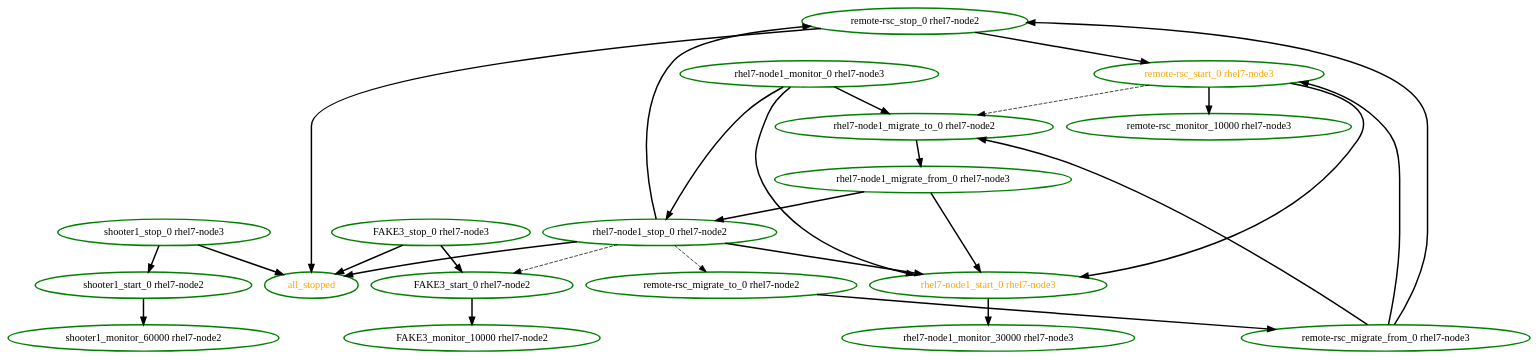
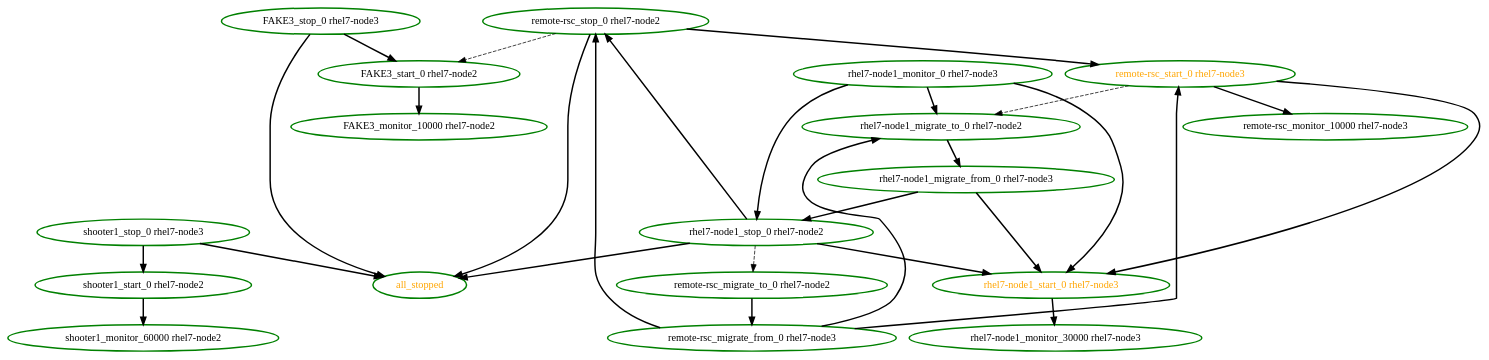
The diagram in pengine/test10/whitebox-migrate1.dot (ClusterLabs/pacemaker), drawn with Graphviz before and after one commit. The commit also changed 38 other files, not shown here.

```diff
--- a/pengine/test10/whitebox-migrate1.dot
+++ b/pengine/test10/whitebox-migrate1.dot
@@ -1,47 +1,47 @@
  digraph "g" {
 "FAKE3_monitor_10000 rhel7-node2" [ style=bold color="green" fontcolor="black"]
 "FAKE3_start_0 rhel7-node2" -> "FAKE3_monitor_10000 rhel7-node2" [ style = bold]
 "FAKE3_start_0 rhel7-node2" [ style=bold color="green" fontcolor="black"]
 "FAKE3_stop_0 rhel7-node3" -> "FAKE3_start_0 rhel7-node2" [ style = bold]
 "FAKE3_stop_0 rhel7-node3" -> "all_stopped" [ style = bold]
 "FAKE3_stop_0 rhel7-node3" [ style=bold color="green" fontcolor="black"]
 "all_stopped" [ style=bold color="green" fontcolor="orange"]
 "remote-rsc_migrate_from_0 rhel7-node3" -> "remote-rsc_start_0 rhel7-node3" [ style = bold]
 "remote-rsc_migrate_from_0 rhel7-node3" -> "remote-rsc_stop_0 rhel7-node2" [ style = bold]
 "remote-rsc_migrate_from_0 rhel7-node3" -> "rhel7-node1_migrate_to_0 rhel7-node2" [ style = bold]
 "remote-rsc_migrate_from_0 rhel7-node3" [ style=bold color="green" fontcolor="black"]
 "remote-rsc_migrate_to_0 rhel7-node2" -> "remote-rsc_migrate_from_0 rhel7-node3" [ style = bold]
 "remote-rsc_migrate_to_0 rhel7-node2" [ style=bold color="green" fontcolor="black"]
 "remote-rsc_monitor_10000 rhel7-node3" [ style=bold color="green" fontcolor="black"]
 "remote-rsc_start_0 rhel7-node3" -> "remote-rsc_monitor_10000 rhel7-node3" [ style = bold]
 "remote-rsc_start_0 rhel7-node3" -> "rhel7-node1_migrate_to_0 rhel7-node2" [ style = dashed]
 "remote-rsc_start_0 rhel7-node3" -> "rhel7-node1_start_0 rhel7-node3" [ style = bold]
 "remote-rsc_start_0 rhel7-node3" [ style=bold color="green" fontcolor="orange"]
+"remote-rsc_stop_0 rhel7-node2" -> "FAKE3_start_0 rhel7-node2" [ style = dashed]
 "remote-rsc_stop_0 rhel7-node2" -> "all_stopped" [ style = bold]
 "remote-rsc_stop_0 rhel7-node2" -> "remote-rsc_start_0 rhel7-node3" [ style = bold]
 "remote-rsc_stop_0 rhel7-node2" [ style=bold color="green" fontcolor="black"]
 "rhel7-node1_migrate_from_0 rhel7-node3" -> "rhel7-node1_start_0 rhel7-node3" [ style = bold]
 "rhel7-node1_migrate_from_0 rhel7-node3" -> "rhel7-node1_stop_0 rhel7-node2" [ style = bold]
 "rhel7-node1_migrate_from_0 rhel7-node3" [ style=bold color="green" fontcolor="black"]
 "rhel7-node1_migrate_to_0 rhel7-node2" -> "rhel7-node1_migrate_from_0 rhel7-node3" [ style = bold]
 "rhel7-node1_migrate_to_0 rhel7-node2" [ style=bold color="green" fontcolor="black"]
 "rhel7-node1_monitor_0 rhel7-node3" -> "rhel7-node1_migrate_to_0 rhel7-node2" [ style = bold]
 "rhel7-node1_monitor_0 rhel7-node3" -> "rhel7-node1_start_0 rhel7-node3" [ style = bold]
 "rhel7-node1_monitor_0 rhel7-node3" -> "rhel7-node1_stop_0 rhel7-node2" [ style = bold]
 "rhel7-node1_monitor_0 rhel7-node3" [ style=bold color="green" fontcolor="black"]
 "rhel7-node1_monitor_30000 rhel7-node3" [ style=bold color="green" fontcolor="black"]
 "rhel7-node1_start_0 rhel7-node3" -> "rhel7-node1_monitor_30000 rhel7-node3" [ style = bold]
 "rhel7-node1_start_0 rhel7-node3" [ style=bold color="green" fontcolor="orange"]
-"rhel7-node1_stop_0 rhel7-node2" -> "FAKE3_start_0 rhel7-node2" [ style = dashed]
 "rhel7-node1_stop_0 rhel7-node2" -> "all_stopped" [ style = bold]
 "rhel7-node1_stop_0 rhel7-node2" -> "remote-rsc_migrate_to_0 rhel7-node2" [ style = dashed]
 "rhel7-node1_stop_0 rhel7-node2" -> "remote-rsc_stop_0 rhel7-node2" [ style = bold]
 "rhel7-node1_stop_0 rhel7-node2" -> "rhel7-node1_start_0 rhel7-node3" [ style = bold]
 "rhel7-node1_stop_0 rhel7-node2" [ style=bold color="green" fontcolor="black"]
 "shooter1_monitor_60000 rhel7-node2" [ style=bold color="green" fontcolor="black"]
 "shooter1_start_0 rhel7-node2" -> "shooter1_monitor_60000 rhel7-node2" [ style = bold]
 "shooter1_start_0 rhel7-node2" [ style=bold color="green" fontcolor="black"]
 "shooter1_stop_0 rhel7-node3" -> "all_stopped" [ style = bold]
 "shooter1_stop_0 rhel7-node3" -> "shooter1_start_0 rhel7-node2" [ style = bold]
 "shooter1_stop_0 rhel7-node3" [ style=bold color="green" fontcolor="black"]
 }
```
